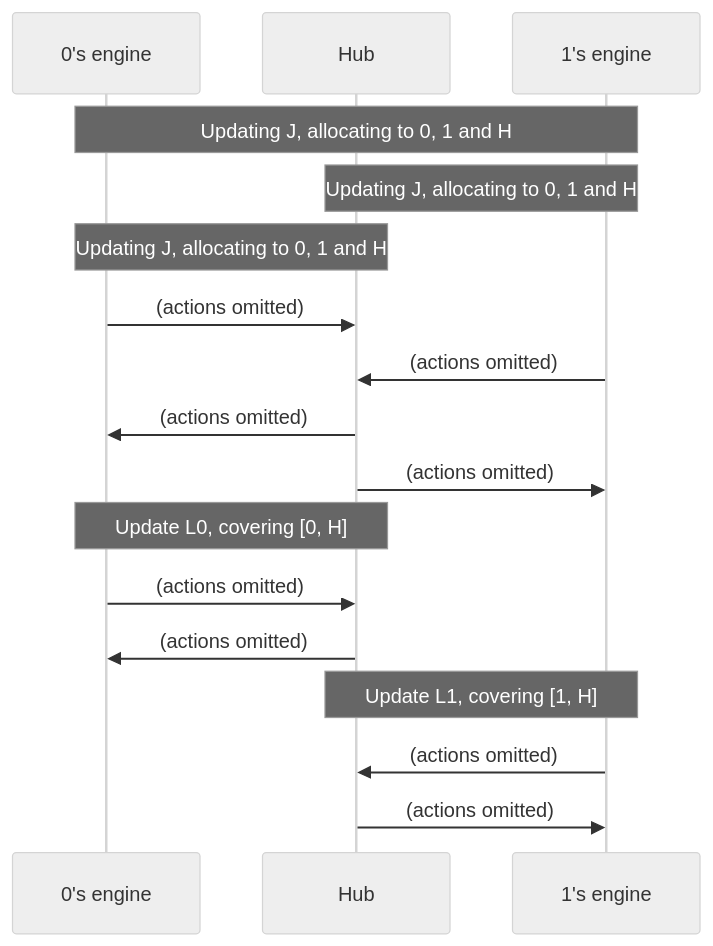
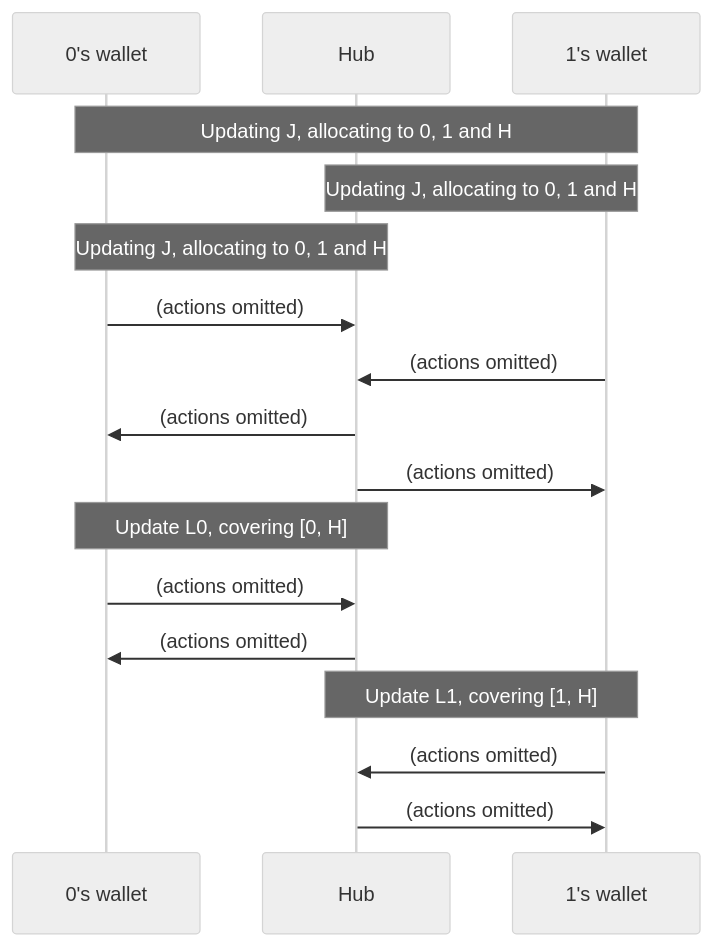
The first of 2 diagrams in packages/wallet/src/redux/protocols/virtual-defunding/readme.md (statechannels/statechannels), drawn with Mermaid (neutral theme) before and after one commit. The commit also changed 124 other files, not shown here.

Commit message:
chore: rename all instances of engine to wallet

````diff
--- a/packages/wallet/src/redux/protocols/virtual-defunding/readme.md
+++ b/packages/wallet/src/redux/protocols/virtual-defunding/readme.md
@@ -30,23 +30,23 @@
 ```mermaid
 sequenceDiagram
-  participant 0 as 0's engine
+  participant 0 as 0's wallet
   participant H as Hub
-  participant 1 as 1's engine
+  participant 1 as 1's wallet
 
   Note over 0, 1: Updating J, allocating to 0, 1 and H
   Note over 1, H: Updating J, allocating to 0, 1 and H
   Note over H, 0: Updating J, allocating to 0, 1 and H
   0->>H: (actions omitted)
   1->>H: (actions omitted)
   H->>0: (actions omitted)
   H->>1: (actions omitted)
 
   Note over 0, H: Update L0, covering [0, H]
   0->>H: (actions omitted)
   H->>0: (actions omitted)
 
   Note over 1, H: Update L1, covering [1, H]
   1->>H: (actions omitted)
   H->>1: (actions omitted)
 
 ```
````
